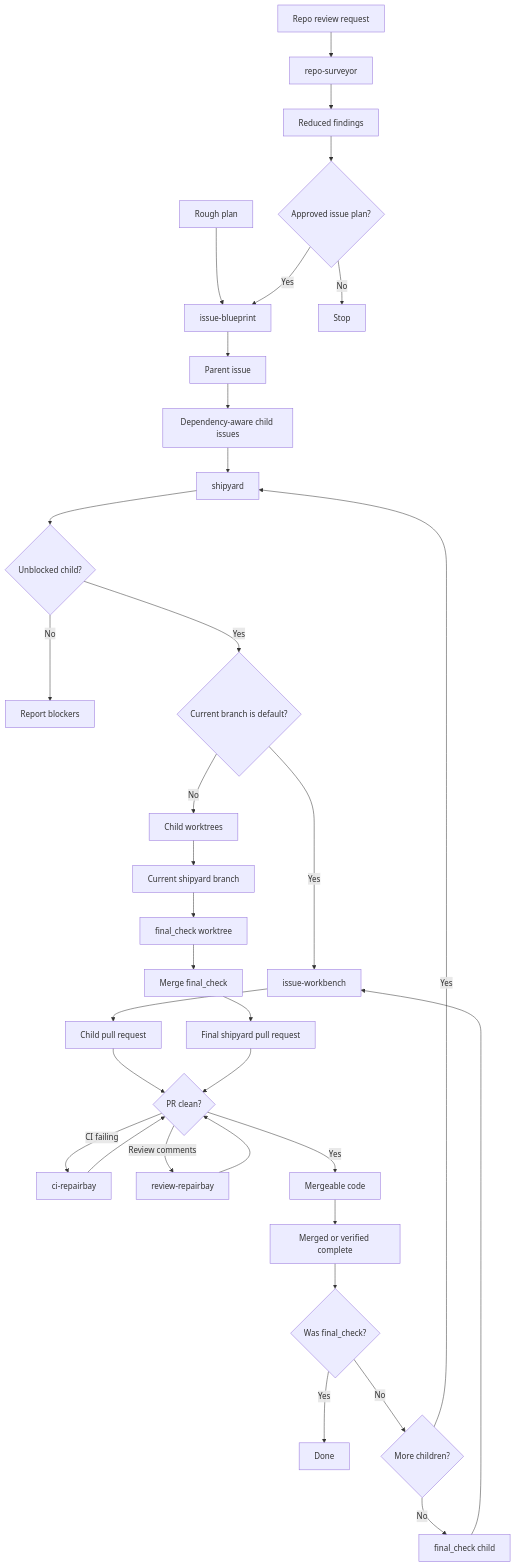
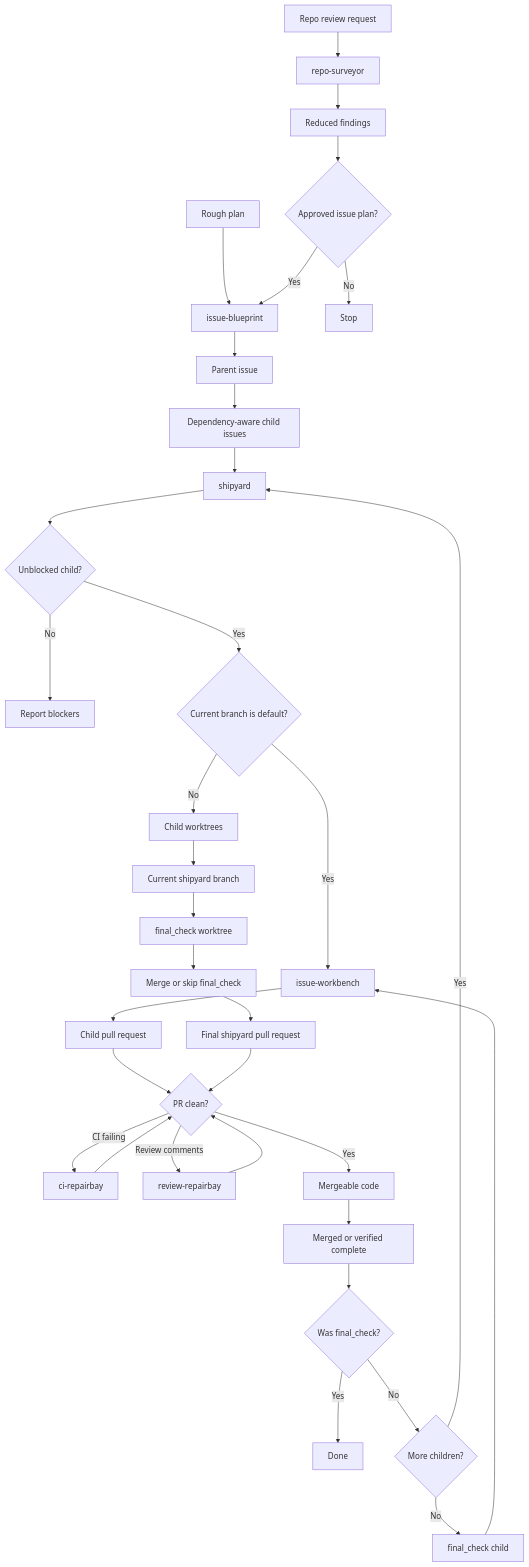
Before and after one commit to HenryQW/skills: the first of 5 diagrams in README.md, drawn with Mermaid. The commit also changed other lines of this file and 1 other file, not shown here.

Commit message:
fix(shipyard): tighten integration handoff flow

````diff
--- a/README.md
+++ b/README.md
@@ -16,36 +16,36 @@
 ```mermaid
 flowchart TD
   rough["Rough plan"] --> blueprint["issue-blueprint"]
   audit["Repo review request"] --> surveyor["repo-surveyor"]
   surveyor --> reduce["Reduced findings"]
   reduce --> approved{"Approved issue plan?"}
   approved -->|Yes| blueprint
   approved -->|No| stop["Stop"]
   blueprint --> parent["Parent issue"]
   parent --> children["Dependency-aware child issues"]
   children --> shipyard["shipyard"]
   shipyard --> ready{"Unblocked child?"}
   ready -->|No| blocked["Report blockers"]
   ready -->|Yes| mode{"Current branch is default?"}
   mode -->|Yes| workbench["issue-workbench"]
   workbench --> child_pr["Child pull request"]
   mode -->|No| worktrees["Child worktrees"]
   worktrees --> integrate["Current shipyard branch"]
   integrate --> final_branch["final_check worktree"]
-  final_branch --> final_merge["Merge final_check"]
+  final_branch --> final_merge["Merge or skip final_check"]
   final_merge --> final_pr["Final shipyard pull request"]
   child_pr --> health{"PR clean?"}
   final_pr --> health
   health -->|CI failing| ci_repair["ci-repairbay"]
   health -->|Review comments| review_repair["review-repairbay"]
   health -->|Yes| mergeable["Mergeable code"]
   ci_repair --> health
   review_repair --> health
   mergeable --> complete["Merged or verified complete"]
   complete --> final_done{"Was final_check?"}
   final_done -->|Yes| done["Done"]
   final_done -->|No| more{"More children?"}
   more -->|Yes| shipyard
   more -->|No| final_child["final_check child"]
   final_child --> workbench
 ```
````
